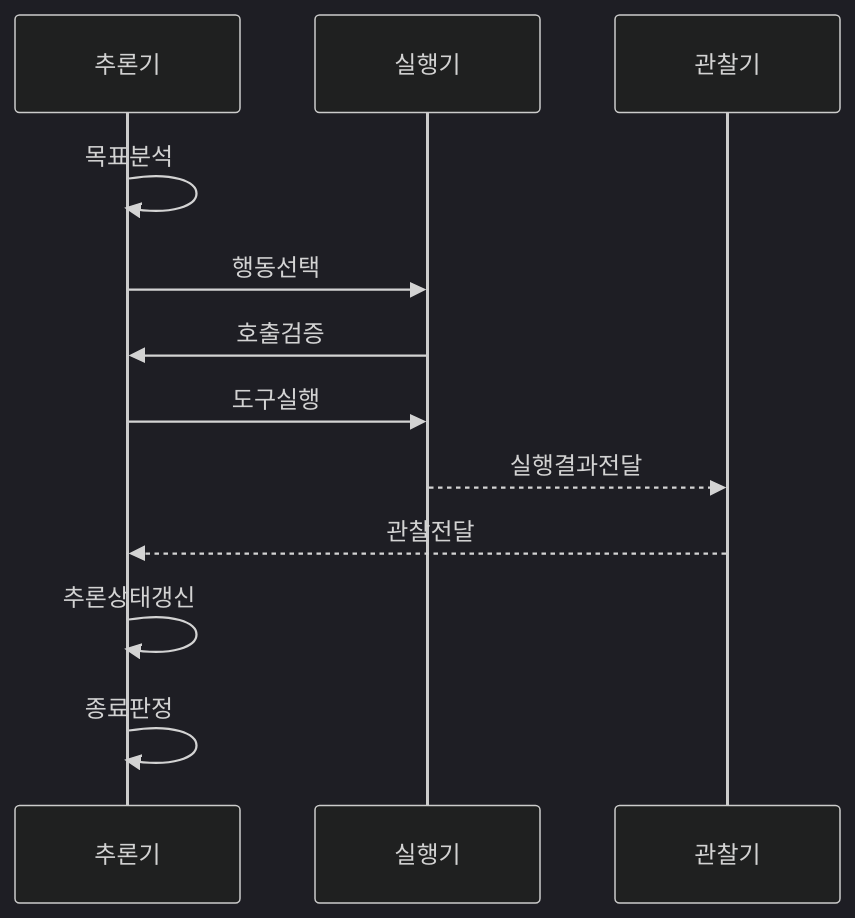
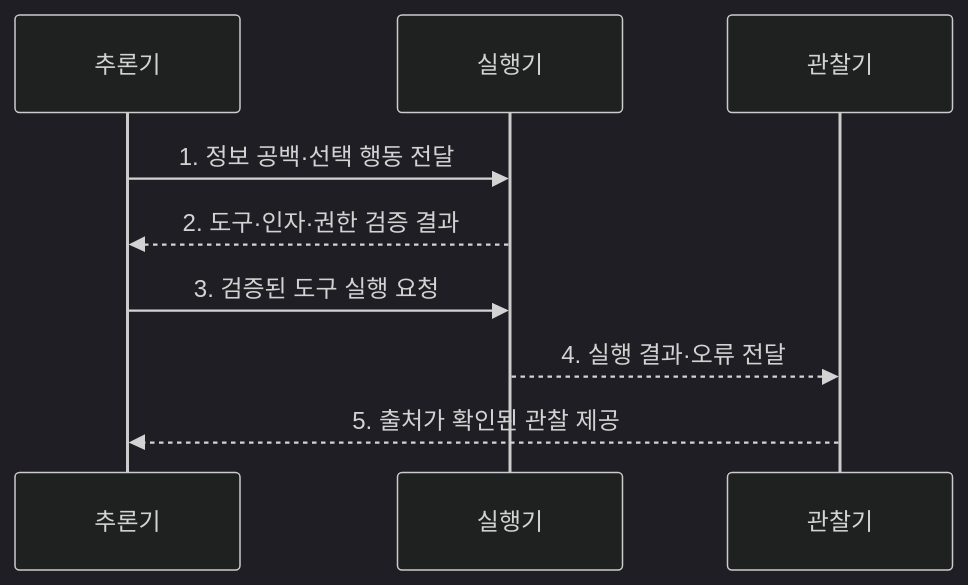
The second of 2 diagrams in src/content/docs/notes/08-latest-tech/003_reasoning_and_acting.md (agnusdei1207/knowledge-base), drawn with Mermaid (dark theme) before and after one commit. The commit also changed other lines of this file and 9 other files, not shown here.

````diff
--- a/src/content/docs/notes/08-latest-tech/003_reasoning_and_acting.md
+++ b/src/content/docs/notes/08-latest-tech/003_reasoning_and_acting.md
@@ -67,14 +74,11 @@
 ```mermaid
 sequenceDiagram
     participant R as 추론기
     participant A as 실행기
     participant O as 관찰기
-    R->>R: 목표분석
-    R->>A: 행동선택
-    A->>R: 호출검증
-    R->>A: 도구실행
-    A-->>O: 실행결과전달
-    O-->>R: 관찰전달
-    R->>R: 추론상태갱신
-    R->>R: 종료판정
+    R->>A: 1. 정보 공백·선택 행동 전달
+    A-->>R: 2. 도구·인자·권한 검증 결과
+    R->>A: 3. 검증된 도구 실행 요청
+    A-->>O: 4. 실행 결과·오류 전달
+    O-->>R: 5. 출처가 확인된 관찰 제공
 ```
````
